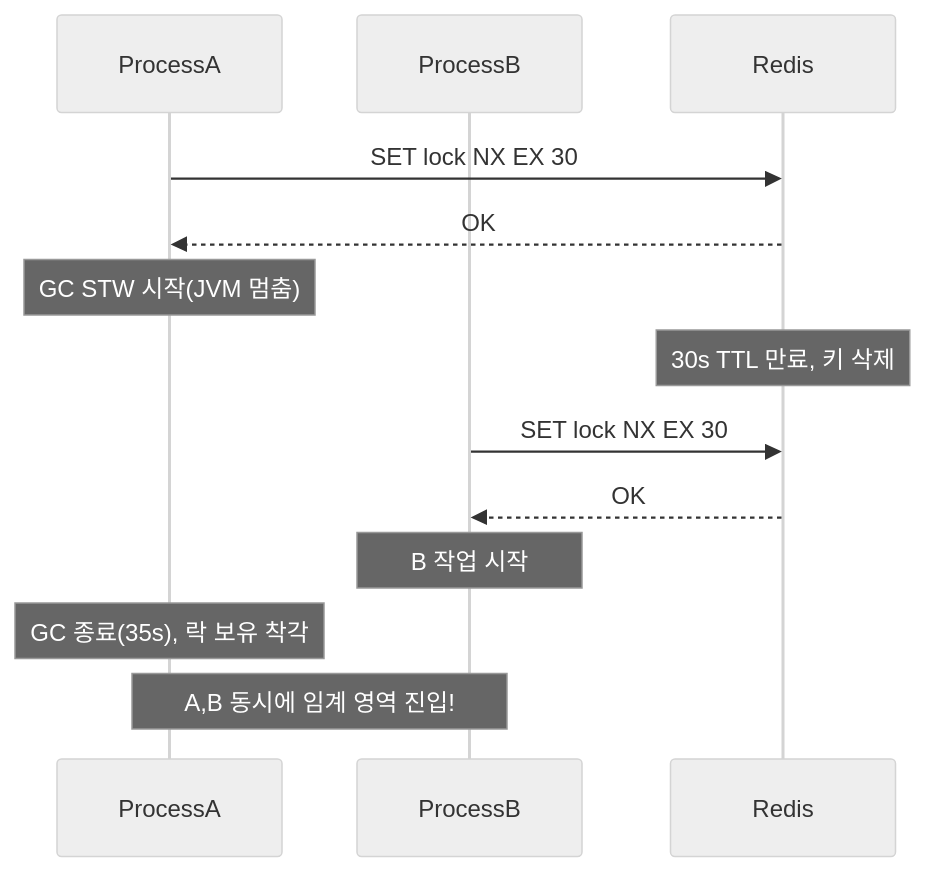
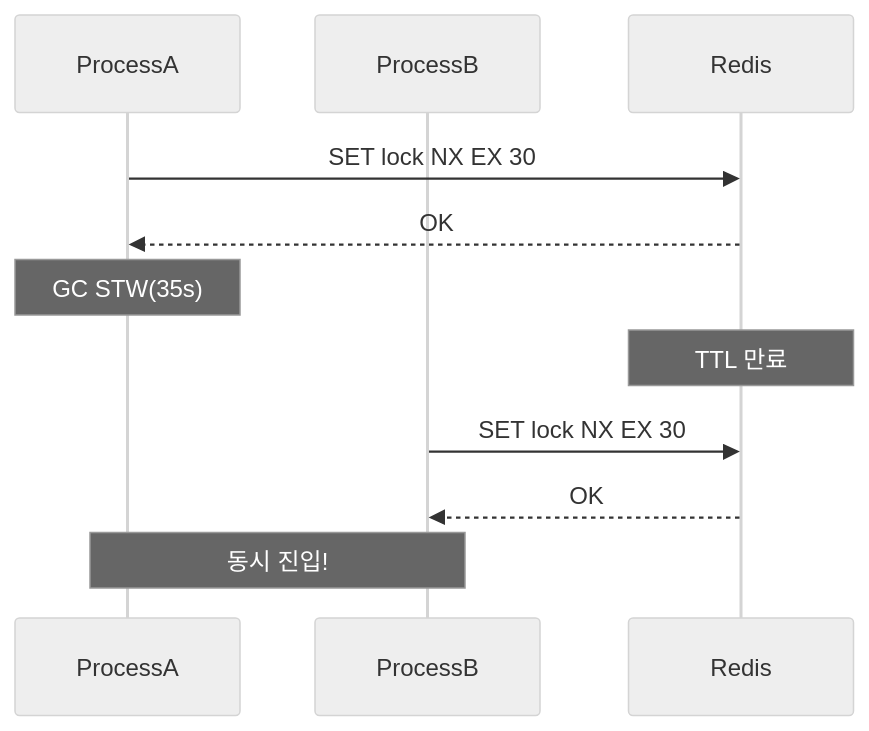
Diagram 14 of 15 in _posts/redis/2026-05-01-redis-distributed-lock.md (yjkim2015/yjkim2015.github.io), drawn with Mermaid (neutral theme) before and after one commit. The commit also changed other lines of this file and 155 other files, not shown here.

First line of the commit message:
Mermaid 전면 수정: subgraph 제거, participant/노드/줄수 축소 (342블록)

````diff
--- a/_posts/redis/2026-05-01-redis-distributed-lock.md
+++ b/_posts/redis/2026-05-01-redis-distributed-lock.md
@@ -758,15 +743,13 @@
 ```mermaid
 sequenceDiagram
     participant A as ProcessA
     participant B as ProcessB
     participant R as Redis
     A->>R: SET lock NX EX 30
     R-->>A: OK
-    Note over A: GC STW 시작(JVM 멈춤)
-    Note over R: 30s TTL 만료, 키 삭제
+    Note over A: GC STW(35s)
+    Note over R: TTL 만료
     B->>R: SET lock NX EX 30
     R-->>B: OK
-    Note over B: B 작업 시작
-    Note over A: GC 종료(35s), 락 보유 착각
-    Note over A,B: A,B 동시에 임계 영역 진입!
+    Note over A,B: 동시 진입!
 ```
````
